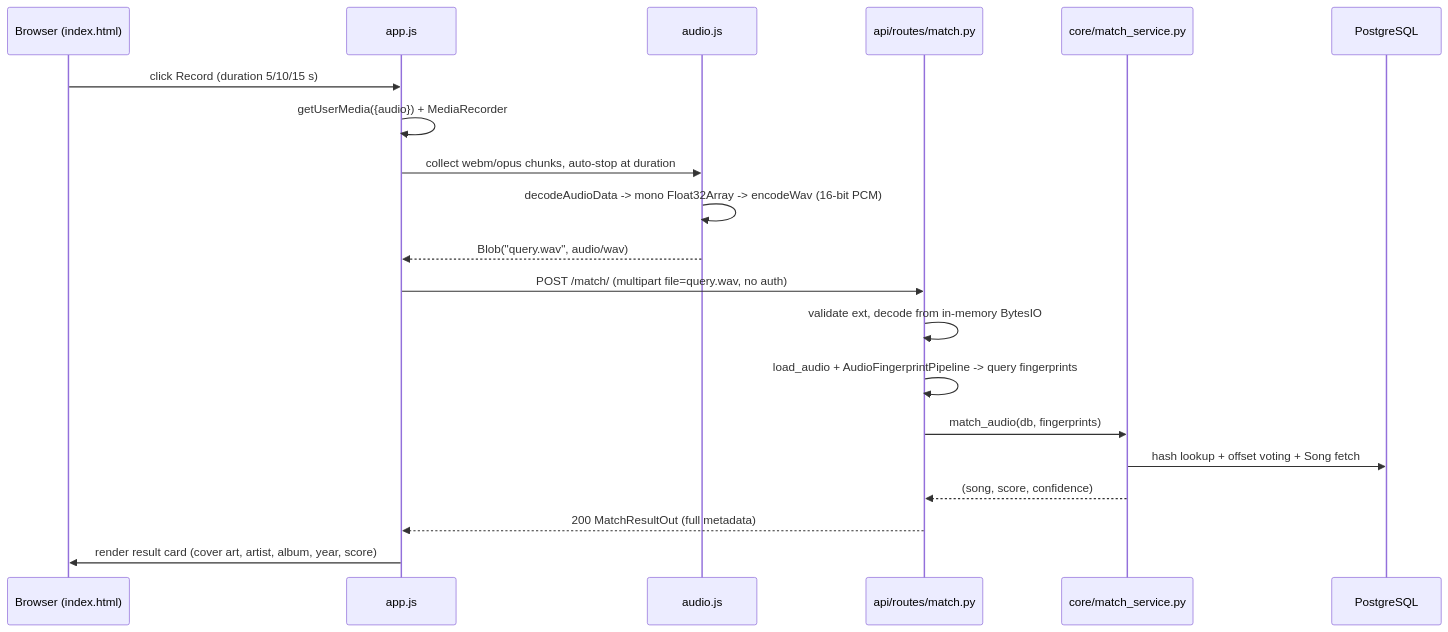
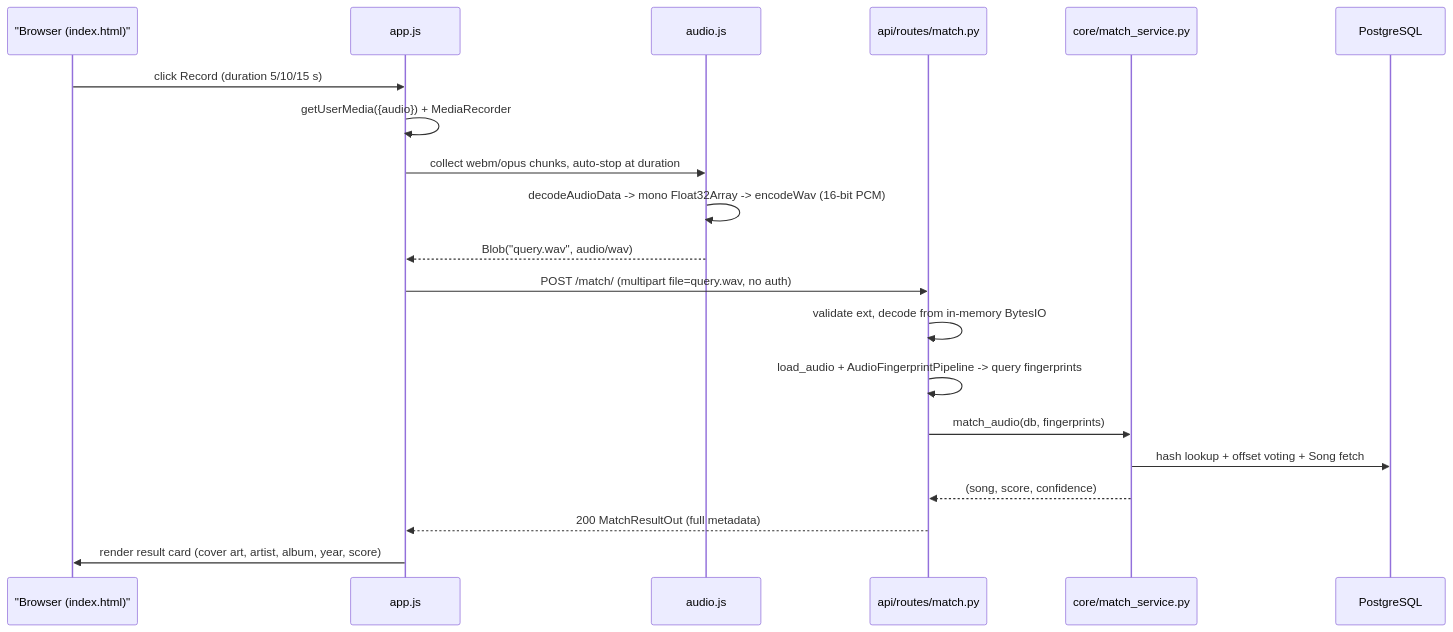
The diagram in docs/webapp.md (joaohluz/shanano), drawn with Mermaid before and after one commit. The commit also changed 1 other file, not shown here.

Commit message:
docs: fix mermaid syntax in README and webapp diagrams

````diff
--- a/docs/webapp.md
+++ b/docs/webapp.md
@@ -16,23 +16,23 @@
 ```mermaid
 sequenceDiagram
-    participant B as Browser (index.html)
+    participant B as "Browser (index.html)"
     participant APP as app.js
     participant AUD as audio.js
     participant API as api/routes/match.py
     participant SVC as core/match_service.py
     participant PG as PostgreSQL
 
     B->>APP: click Record (duration 5/10/15 s)
     APP->>APP: getUserMedia({audio}) + MediaRecorder
     APP->>AUD: collect webm/opus chunks, auto-stop at duration
     AUD->>AUD: decodeAudioData -> mono Float32Array -> encodeWav (16-bit PCM)
     AUD-->>APP: Blob("query.wav", audio/wav)
     APP->>API: POST /match/ (multipart file=query.wav, no auth)
     API->>API: validate ext, decode from in-memory BytesIO
     API->>API: load_audio + AudioFingerprintPipeline -> query fingerprints
     API->>SVC: match_audio(db, fingerprints)
     SVC->>PG: hash lookup + offset voting + Song fetch
     SVC-->>API: (song, score, confidence)
     API-->>APP: 200 MatchResultOut (full metadata)
     APP->>B: render result card (cover art, artist, album, year, score)
 ```
````
